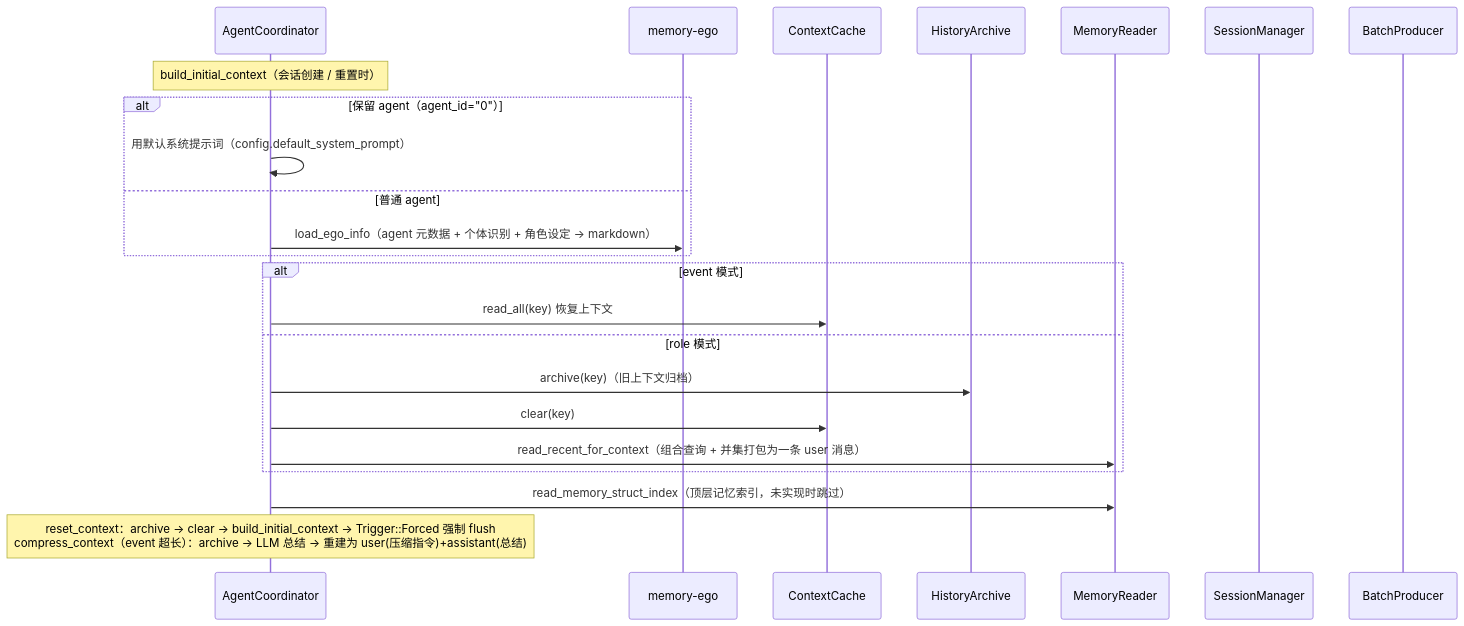
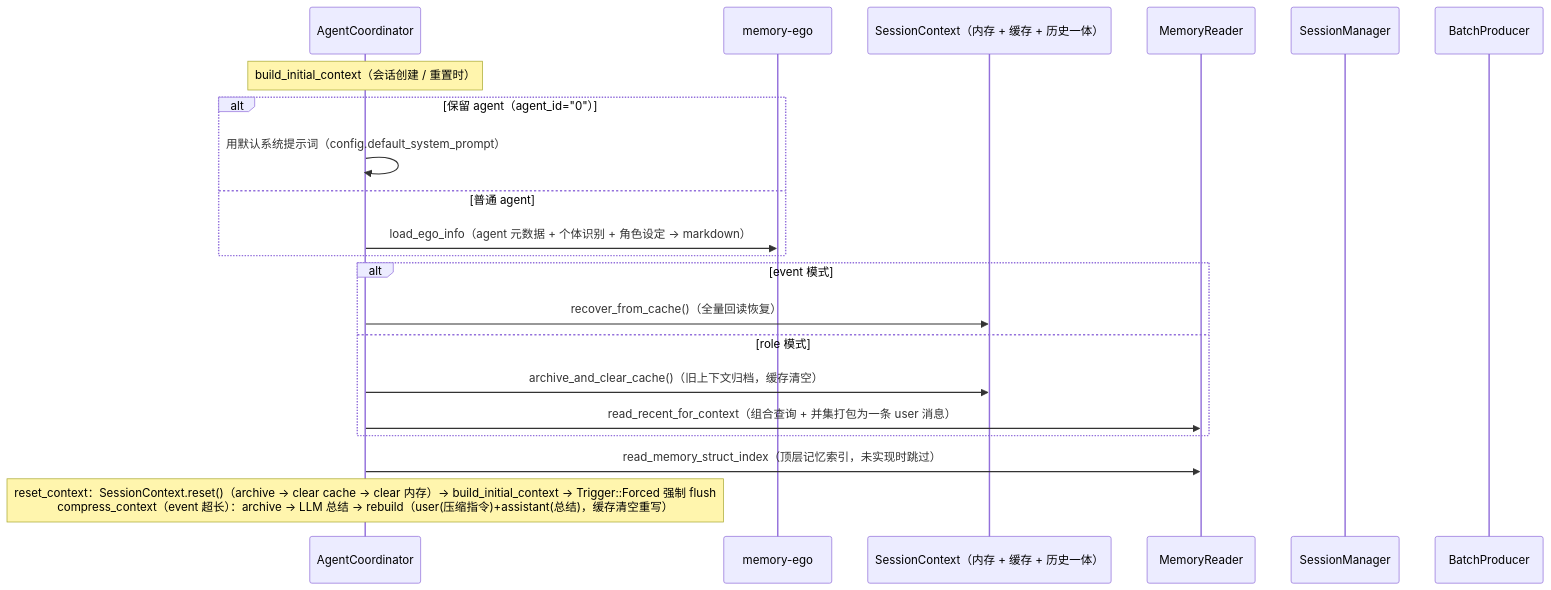
One commit to coldcloude/kissbot changed the fifth of 5 diagrams in docs/spec/kissbot-agent-modules.md. Above: the diagram before and after it, drawn with Mermaid. The commit also changed other lines of this file and 6 other files, not shown here.

First line of the commit message:
refactor(agent): 会话上下文持久化收敛为 SessionContext 一体管理

````diff
--- a/docs/spec/kissbot-agent-modules.md
+++ b/docs/spec/kissbot-agent-modules.md
@@ -196,26 +185,24 @@
 ```mermaid
 sequenceDiagram
     participant CO as AgentCoordinator
     participant EG as memory-ego
-    participant CACHE as ContextCache
-    participant HIST as HistoryArchive
+    participant SC as SessionContext（内存 + 缓存 + 历史一体）
     participant MR as MemoryReader
     participant SM as SessionManager
     participant BP as BatchProducer
 
     Note over CO: build_initial_context（会话创建 / 重置时）
     alt 保留 agent（agent_id="0"）
         CO->>CO: 用默认系统提示词（config.default_system_prompt）
     else 普通 agent
         CO->>EG: load_ego_info（agent 元数据 + 个体识别 + 角色设定 → markdown）
     end
     alt event 模式
-        CO->>CACHE: read_all(key) 恢复上下文
+        CO->>SC: recover_from_cache()（全量回读恢复）
     else role 模式
-        CO->>HIST: archive(key)（旧上下文归档）
-        CO->>CACHE: clear(key)
+        CO->>SC: archive_and_clear_cache()（旧上下文归档，缓存清空）
         CO->>MR: read_recent_for_context（组合查询 + 并集打包为一条 user 消息）
     end
     CO->>MR: read_memory_struct_index（顶层记忆索引，未实现时跳过）
-    Note over CO: reset_context：archive → clear → build_initial_context → Trigger::Forced 强制 flush<br/>compress_context（event 超长）：archive → LLM 总结 → 重建为 user(压缩指令)+assistant(总结)
+    Note over CO: reset_context：SessionContext.reset()（archive → clear cache → clear 内存）→ build_initial_context → Trigger::Forced 强制 flush<br/>compress_context（event 超长）：archive → LLM 总结 → rebuild（user(压缩指令)+assistant(总结)，缓存清空重写）
 ```
````
